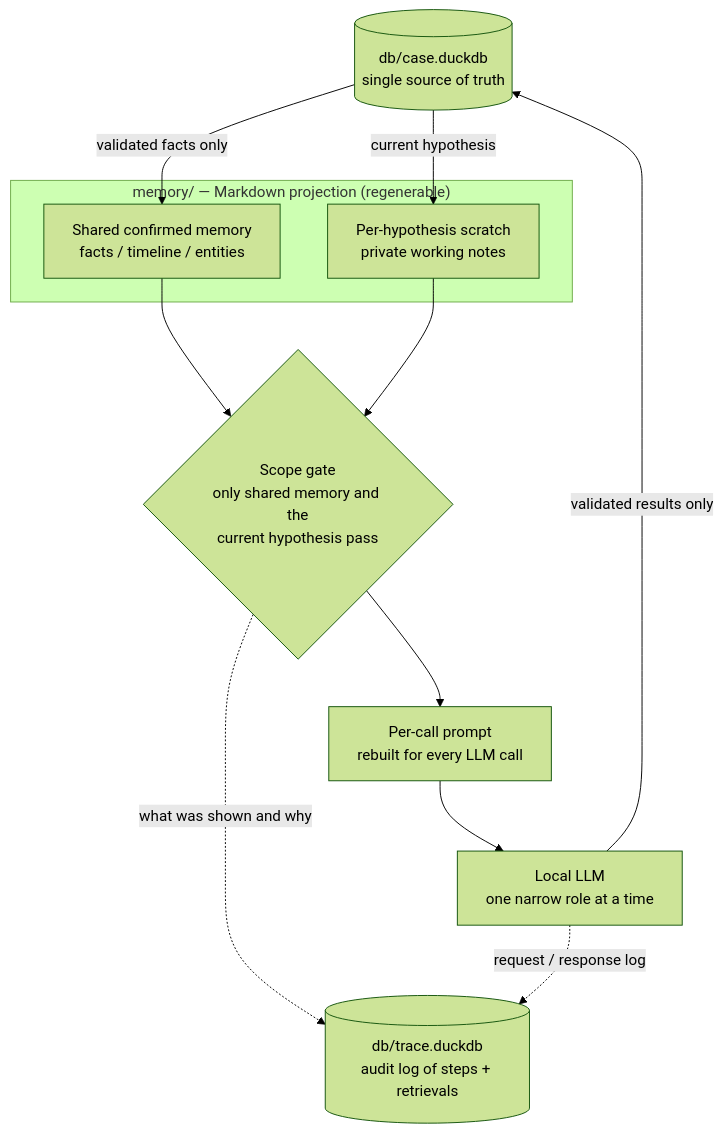
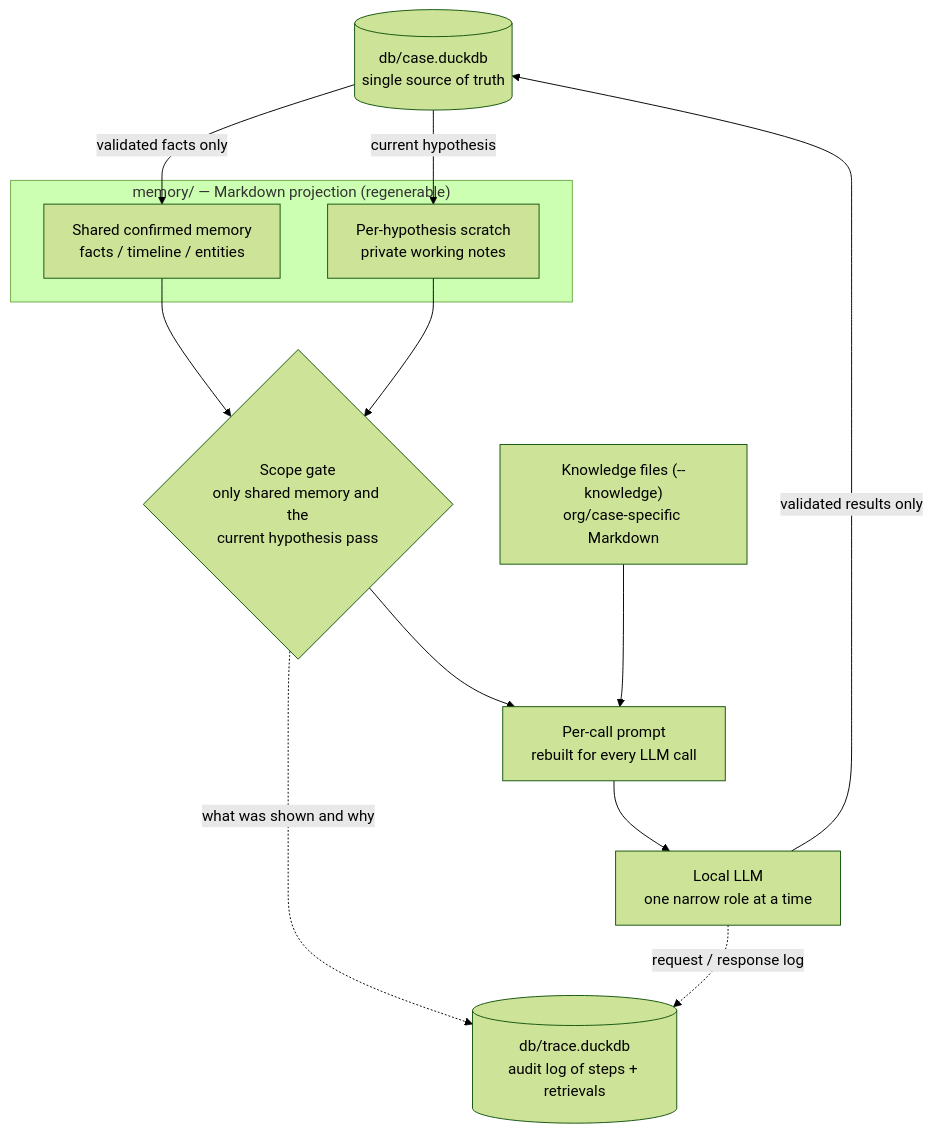
The second of 2 diagrams in README.md (sumeshi/forensia), drawn with Mermaid (forest theme) before and after one commit. The commit also changed other lines of this file and 1 other file, not shown here.

````diff
--- a/README.md
+++ b/README.md
@@ -247,23 +246,26 @@
 ```mermaid
 flowchart TB
     CASE[("db/case.duckdb<br/>single source of truth")]
     TRACE[("db/trace.duckdb<br/>audit log of steps + retrievals")]
 
     subgraph MEM["memory/ — Markdown projection (regenerable)"]
         SHARED["Shared confirmed memory<br/>facts / timeline / entities"]
         SCRATCH["Per-hypothesis scratch<br/>private working notes"]
     end
 
     CASE -->|validated facts only| SHARED
     CASE -->|current hypothesis| SCRATCH
 
     SHARED --> GATE{"Scope gate<br/>only shared memory and the<br/>current hypothesis pass"}
     SCRATCH --> GATE
 
+    KNOW["Knowledge files (--knowledge)<br/>org/case-specific Markdown"]
+
     GATE --> PROMPT["Per-call prompt<br/>rebuilt for every LLM call"]
+    KNOW --> PROMPT
     PROMPT --> LLM["Local LLM<br/>one narrow role at a time"]
 
     LLM -->|validated results only| CASE
     GATE -. what was shown and why .-> TRACE
     LLM -. request / response log .-> TRACE
 ```
````
